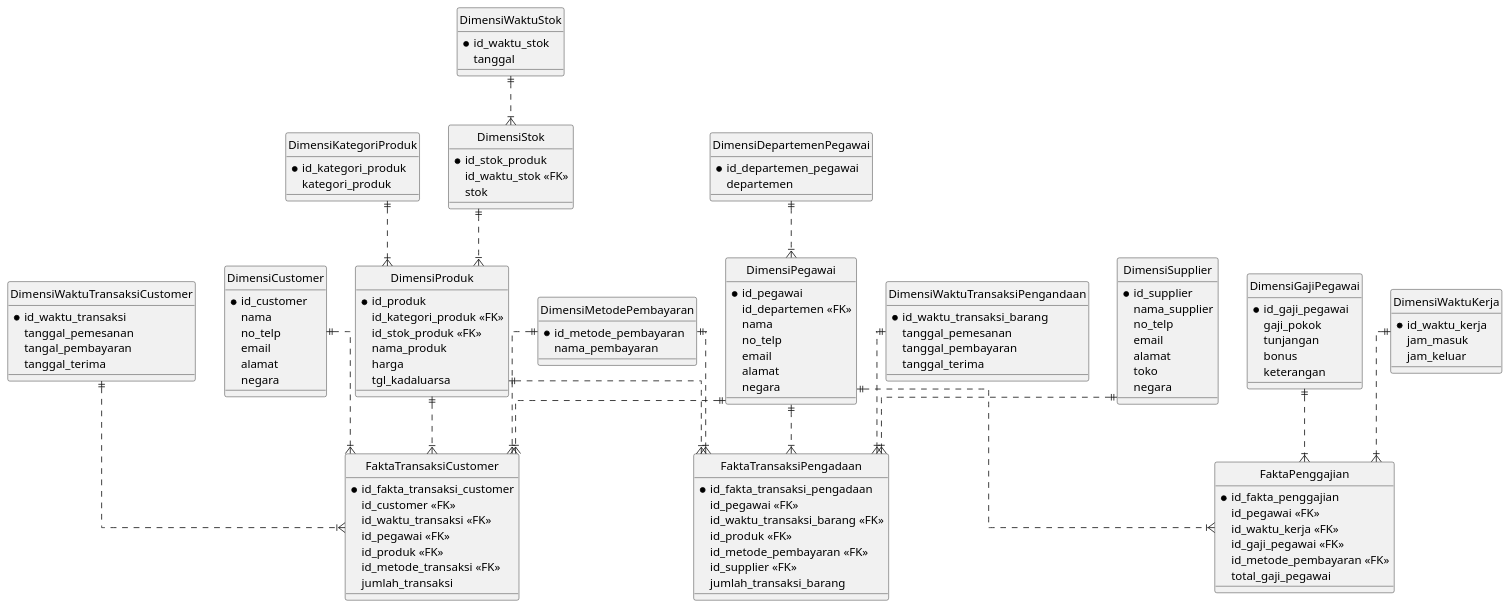
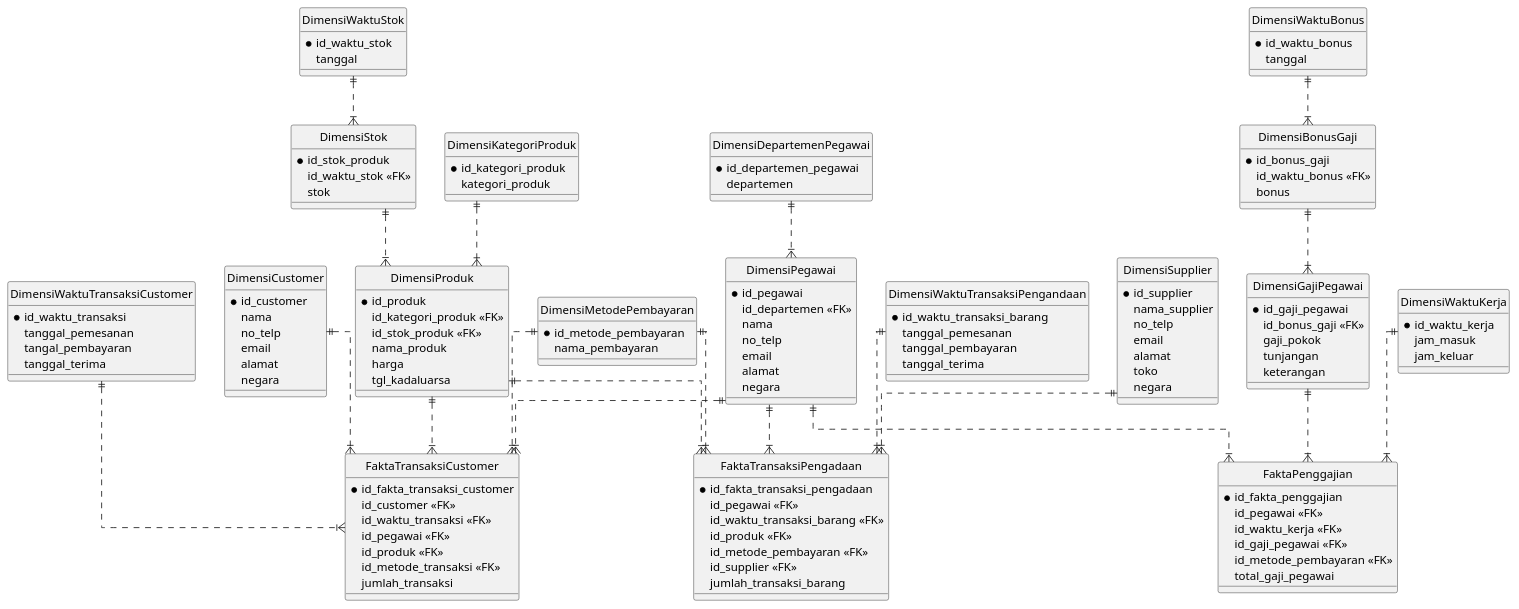
The diagram in retail-inmon.puml (cekingx/dwh-retail), drawn with PlantUML before and after one commit. The commit also changed 1 other file, not shown here.

```diff
--- a/retail-inmon.puml
+++ b/retail-inmon.puml
@@ -1,148 +1,161 @@
 @startuml
 
 hide circle
 skinparam linetype ortho
 
 entity "DimensiCustomer" as customer {
     * id_customer
     nama
     no_telp
     email
     alamat
     negara
 }
 
 entity "DimensiWaktuTransaksiCustomer" as waktu_customer {
     * id_waktu_transaksi
     tanggal_pemesanan
     tangal_pembayaran
     tanggal_terima
 }
 
 entity "FaktaTransaksiCustomer" as transaksi_customer {
     * id_fakta_transaksi_customer
     id_customer <<FK>>
     id_waktu_transaksi <<FK>>
     id_pegawai <<FK>>
     id_produk <<FK>>
     id_metode_transaksi <<FK>>
     jumlah_transaksi
 }
 
 entity "DimensiPegawai" as pegawai {
     * id_pegawai
     id_departemen <<FK>>
     nama
     no_telp
     email
     alamat
     negara
 }
 
 entity "DimensiDepartemenPegawai" as departemen_pegawai {
     * id_departemen_pegawai
     departemen
 }
 
 entity "DimensiProduk" as produk {
     * id_produk
     id_kategori_produk <<FK>>
     id_stok_produk <<FK>>
     nama_produk
     harga
     tgl_kadaluarsa
 }
 
 entity "DimensiKategoriProduk" as kategori_produk {
     * id_kategori_produk
     kategori_produk
 }
 
 entity "DimensiStok" as stok_produk {
     * id_stok_produk
     id_waktu_stok <<FK>>
     stok
 }
 
 entity "DimensiWaktuStok" as waktu_stok {
     * id_waktu_stok
     tanggal
 }
 
 entity "DimensiMetodePembayaran" as metode_pembayaran {
     * id_metode_pembayaran
     nama_pembayaran
 }
 
 entity "FaktaPenggajian" as penggajian {
     * id_fakta_penggajian
     id_pegawai <<FK>>
     id_waktu_kerja <<FK>>
     id_gaji_pegawai <<FK>>
     id_metode_pembayaran <<FK>>
     total_gaji_pegawai
 }
 
 entity "FaktaTransaksiPengadaan" as transaksi_pengadaan {
     * id_fakta_transaksi_pengadaan
     id_pegawai <<FK>>
     id_waktu_transaksi_barang <<FK>>
     id_produk <<FK>>
     id_metode_pembayaran <<FK>>
     id_supplier <<FK>>
     jumlah_transaksi_barang
 }
 
 entity "DimensiWaktuKerja" as waktu_kerja {
     * id_waktu_kerja
     jam_masuk
     jam_keluar
 }
 
 entity "DimensiGajiPegawai" as gaji_pegawai {
     * id_gaji_pegawai
+    id_bonus_gaji <<FK>>
     gaji_pokok
     tunjangan
+    keterangan
+}
+
+entity "DimensiBonusGaji" as bonus_gaji {
+    * id_bonus_gaji
+    id_waktu_bonus <<FK>>
     bonus
-    keterangan
+}
+
+entity "DimensiWaktuBonus" as waktu_bonus {
+    * id_waktu_bonus
+    tanggal
 }
 
 entity "DimensiWaktuTransaksiPengandaan" as waktu_pengadaan {
     * id_waktu_transaksi_barang
     tanggal_pemesanan
     tanggal_pembayaran
     tanggal_terima
 }
 
 entity "DimensiSupplier" as supplier {
     * id_supplier
     nama_supplier
     no_telp
     email
     alamat
     toko
     negara
 }
 
 customer ||..|{ transaksi_customer
 waktu_customer ||..|{ transaksi_customer
 pegawai ||..|{ transaksi_customer
 produk ||..|{ transaksi_customer
 metode_pembayaran ||..|{ transaksi_customer
 
 pegawai ||..|{ penggajian
 waktu_kerja ||..|{ penggajian
 gaji_pegawai ||..|{ penggajian
+bonus_gaji ||..|{ gaji_pegawai
+waktu_bonus ||..|{ bonus_gaji
 
 pegawai ||..|{ transaksi_pengadaan
 produk ||..|{ transaksi_pengadaan
 metode_pembayaran ||..|{ transaksi_pengadaan
 waktu_pengadaan ||..|{ transaksi_pengadaan
 supplier ||..|{ transaksi_pengadaan
 
 kategori_produk ||..|{ produk
 stok_produk ||..|{ produk
 departemen_pegawai ||..|{ pegawai
 waktu_stok ||..|{ stok_produk
 
 @enduml
```
